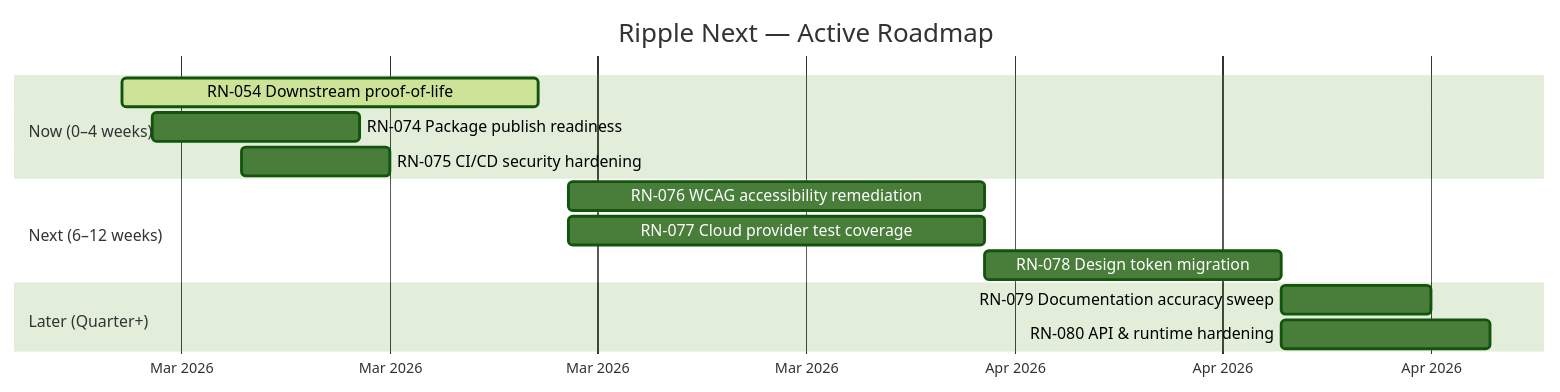
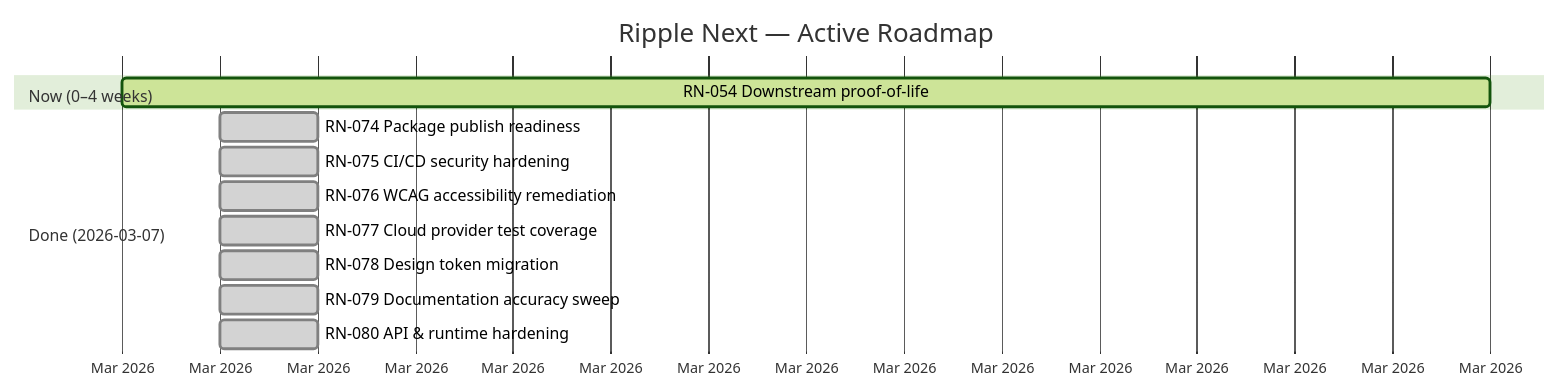
Before and after one commit to jbejenar/ripple-next: the diagram in docs/product-roadmap/README.md, drawn with Mermaid (forest theme). The commit also changed other lines of this file, not shown here.

Commit message:
docs: update roadmap Gantt chart — mark RN-074–080 as done

````diff
--- a/docs/product-roadmap/README.md
+++ b/docs/product-roadmap/README.md
@@ -16,20 +16,18 @@
 ```mermaid
 gantt
     title Ripple Next — Active Roadmap
     dateFormat YYYY-MM-DD
     axisFormat %b %Y
 
     section Now (0–4 weeks)
     RN-054 Downstream proof-of-life        :active, rn054, 2026-03-06, 14d
-    RN-074 Package publish readiness        :rn074, 2026-03-07, 7d
-    RN-075 CI/CD security hardening         :rn075, 2026-03-10, 5d
 
-    section Next (6–12 weeks)
-    RN-076 WCAG accessibility remediation   :rn076, 2026-03-21, 14d
-    RN-077 Cloud provider test coverage     :rn077, 2026-03-21, 14d
-    RN-078 Design token migration           :rn078, 2026-04-04, 10d
-
-    section Later (Quarter+)
-    RN-079 Documentation accuracy sweep     :rn079, 2026-04-14, 5d
-    RN-080 API & runtime hardening          :rn080, 2026-04-14, 7d
+    section Done (2026-03-07)
+    RN-074 Package publish readiness        :done, rn074, 2026-03-07, 1d
+    RN-075 CI/CD security hardening         :done, rn075, 2026-03-07, 1d
+    RN-076 WCAG accessibility remediation   :done, rn076, 2026-03-07, 1d
+    RN-077 Cloud provider test coverage     :done, rn077, 2026-03-07, 1d
+    RN-078 Design token migration           :done, rn078, 2026-03-07, 1d
+    RN-079 Documentation accuracy sweep     :done, rn079, 2026-03-07, 1d
+    RN-080 API & runtime hardening          :done, rn080, 2026-03-07, 1d
 ```
````
